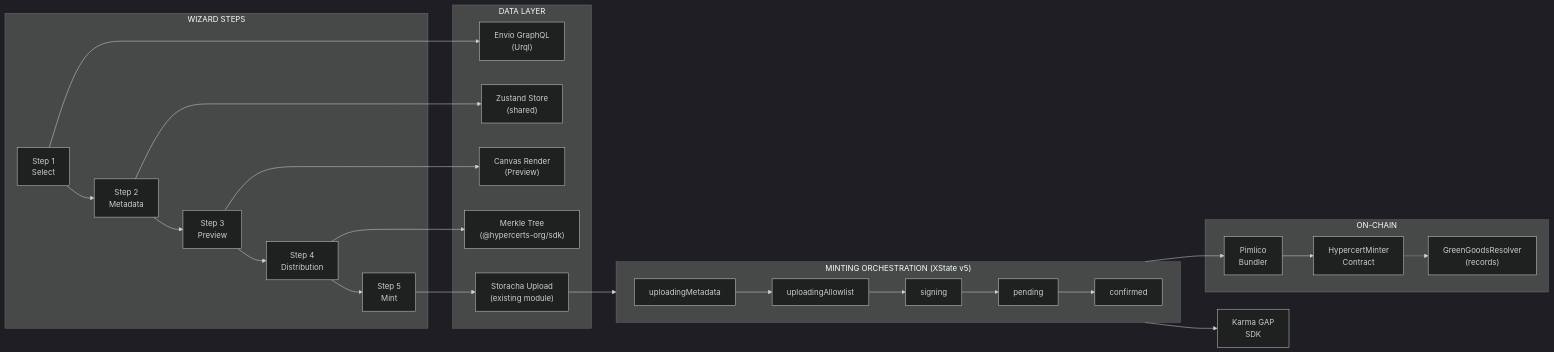
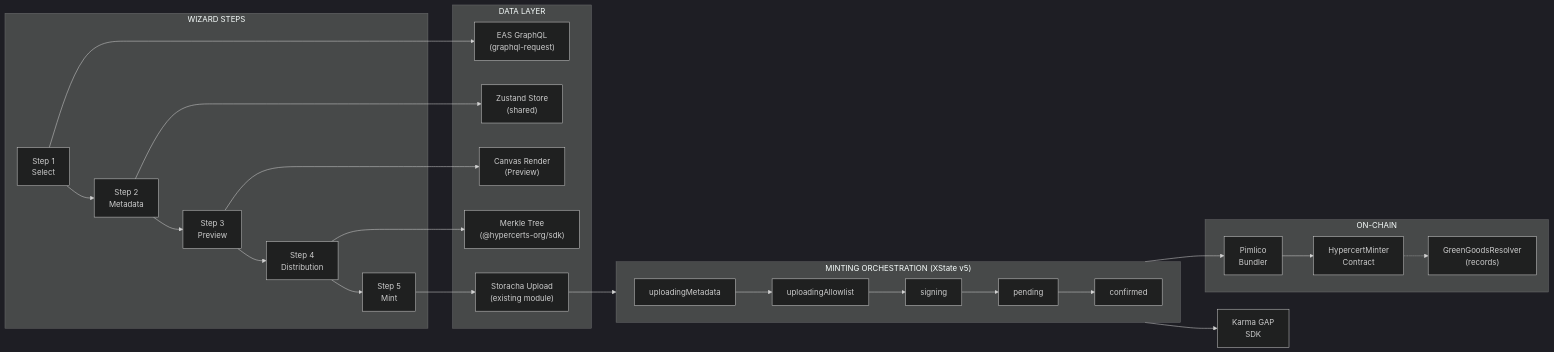
One commit to greenpill-dev-guild/green-goods changed the fourth of 12 diagrams in docs/docs/specs/hypercerts/technical-spec.md. Above: the diagram before and after it, drawn with Mermaid (dark theme). The commit also changed other lines of this file and 11 other files, not shown here.

````diff
--- a/docs/docs/specs/hypercerts/technical-spec.md
+++ b/docs/docs/specs/hypercerts/technical-spec.md
@@ -365,49 +370,49 @@
 ```mermaid
 flowchart LR
     subgraph Wizard["WIZARD STEPS"]
         S1["Step 1<br/>Select"]
         S2["Step 2<br/>Metadata"]
         S3["Step 3<br/>Preview"]
         S4["Step 4<br/>Distribution"]
         S5["Step 5<br/>Mint"]
         S1 --> S2 --> S3 --> S4 --> S5
     end
 
     subgraph DataLayer["DATA LAYER"]
-        Envio["Envio GraphQL<br/>(Urql)"]
+        EASQuery["EAS GraphQL<br/>(graphql-request)"]
         Store["Zustand Store<br/>(shared)"]
         Canvas["Canvas Render<br/>(Preview)"]
         Merkle["Merkle Tree<br/>(@hypercerts-org/sdk)"]
         IPFS["Storacha Upload<br/>(existing module)"]
     end
 
-    S1 --> Envio
+    S1 --> EASQuery
     S2 --> Store
     S3 --> Canvas
     S4 --> Merkle
     S5 --> IPFS
 
     subgraph XState["MINTING ORCHESTRATION (XState v5)"]
         direction LR
         Upload1["uploadingMetadata"]
         Upload2["uploadingAllowlist"]
         Sign["signing"]
         Pending["pending"]
         Confirmed["confirmed"]
         Upload1 --> Upload2 --> Sign --> Pending --> Confirmed
     end
 
     IPFS --> XState
 
     subgraph Blockchain["ON-CHAIN"]
         Pimlico["Pimlico<br/>Bundler"]
         HCMinter["HypercertMinter<br/>Contract"]
         GGResolver["GreenGoodsResolver<br/>(records)"]
     end
 
     XState --> Pimlico --> HCMinter
     HCMinter -.-> GGResolver
 
     GAP["Karma GAP<br/>SDK"]
     Confirmed --> GAP
 ```
````
